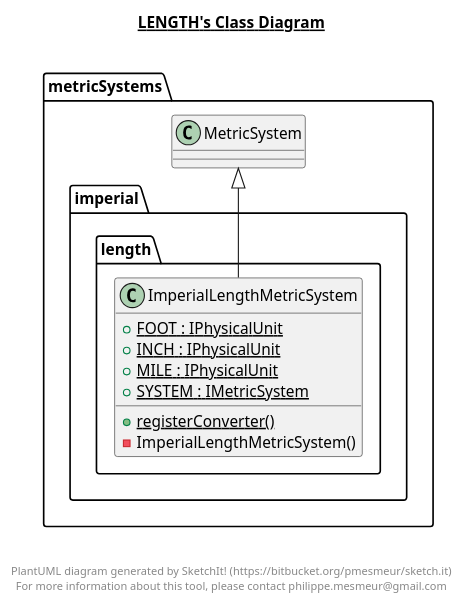
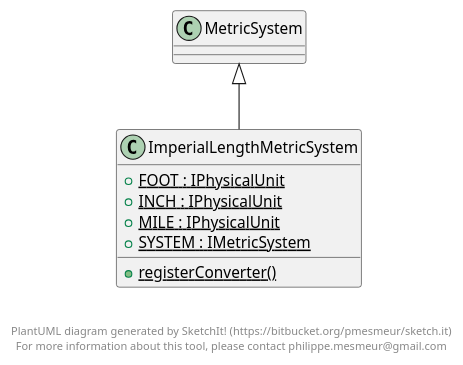
Before and after one commit to leandroGO/ADSOF_2020: the diagram in P4/src/metricSystems/imperial/length/length.plantuml, drawn with PlantUML. The commit also changed 9 other files, not shown here.

```diff
--- a/P4/src/metricSystems/imperial/length/length.plantuml
+++ b/P4/src/metricSystems/imperial/length/length.plantuml
@@ -1,29 +1,20 @@
 @startuml
 
-title __LENGTH's Class Diagram__\n
-
-  namespace metricSystems {
-    namespace imperial.length {
-      class metricSystems.imperial.length.ImperialLengthMetricSystem {
+      class ImperialLengthMetricSystem {
           {static} + FOOT : IPhysicalUnit
           {static} + INCH : IPhysicalUnit
           {static} + MILE : IPhysicalUnit
           {static} + SYSTEM : IMetricSystem
           {static} + registerConverter()
-          - ImperialLengthMetricSystem()
       }
-    }
-  }
-  
-
-  metricSystems.imperial.length.ImperialLengthMetricSystem -up-|> metricSystems.MetricSystem
+ImperialLengthMetricSystem -up-|> MetricSystem
 
 
 right footer
 
 
 PlantUML diagram generated by SketchIt! (https://bitbucket.org/pmesmeur/sketch.it)
 For more information about this tool, please contact philippe.mesmeur@gmail.com
 endfooter
 
 @enduml
```
